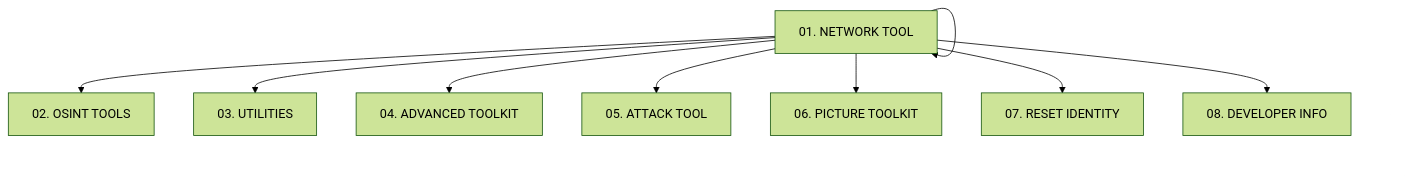
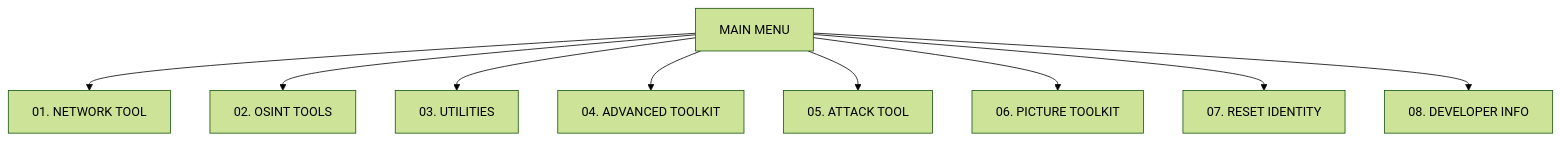
The second of 5 diagrams in README.md (TEAMBCS/MONOLITH), drawn with Mermaid (forest theme) before and after one commit.

````diff
--- a/README.md
+++ b/README.md
@@ -43,11 +43,11 @@
 ```mermaid
 flowchart TD
-    A[MAIN MENU] --> A[01. NETWORK TOOL]
+    A[MAIN MENU] --> B[01. NETWORK TOOL]
     A --> C[02. OSINT TOOLS]
     A --> D[03. UTILITIES]
     A --> E[04. ADVANCED TOOLKIT]
     A --> F[05. ATTACK TOOL]
     A --> G[06. PICTURE TOOLKIT]
     A --> H[07. RESET IDENTITY]
     A --> I[08. DEVELOPER INFO]
 ```
````
